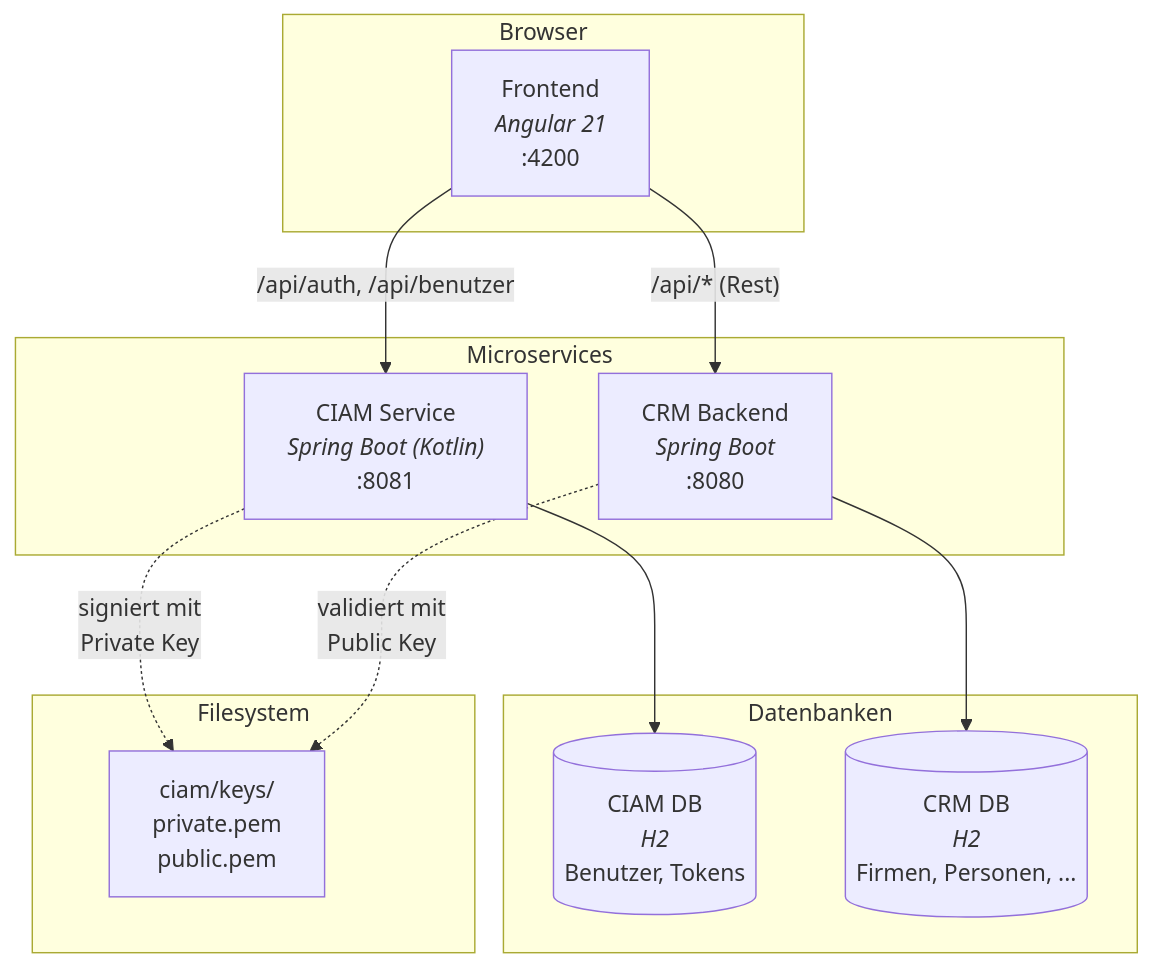
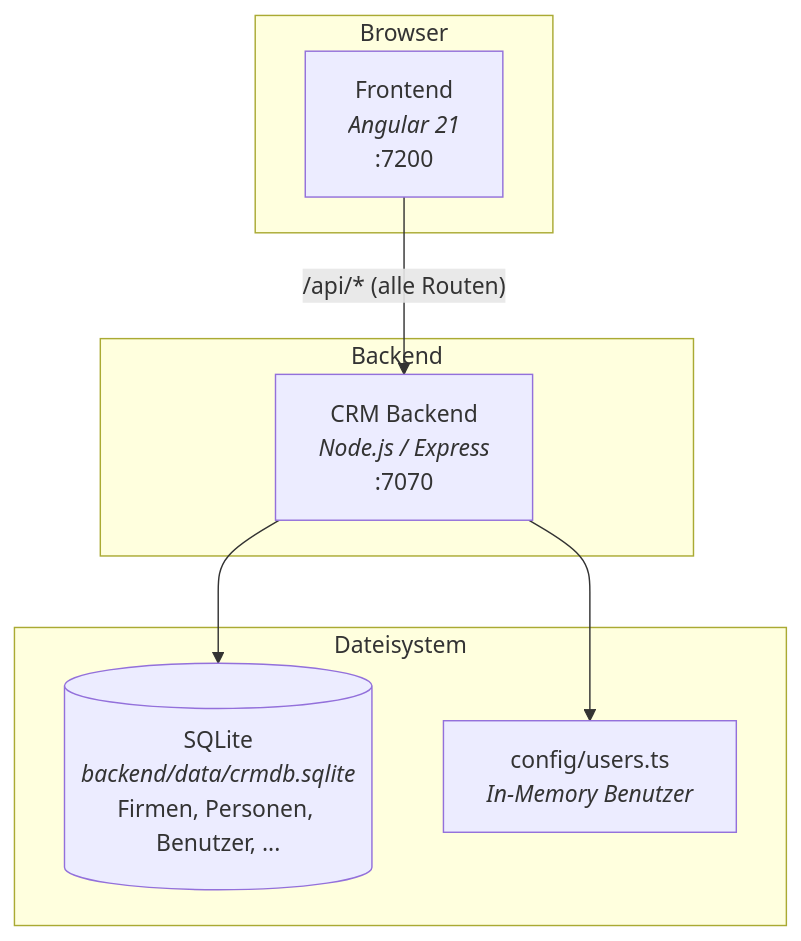
The first of 8 diagrams in docs/architecture.md (atra-consulting/coding-with-ai-lab), drawn with Mermaid before and after one commit. The commit also changed other lines of this file, not shown here.

First line of the commit message:
feat: Rewrite architecture.md for Node.js/Express/SQLite stack. UPDATE-README

````diff
--- a/docs/architecture.md
+++ b/docs/architecture.md
@@ -55,29 +56,19 @@
 ```mermaid
 graph TB
     subgraph Browser
-        FE["Frontend<br/><i>Angular 21</i><br/>:4200"]
+        FE["Frontend<br/><i>Angular 21</i><br/>:7200"]
     end
 
-    subgraph "Microservices"
-        CIAM["CIAM Service<br/><i>Spring Boot (Kotlin)</i><br/>:8081"]
-        CRM["CRM Backend<br/><i>Spring Boot</i><br/>:8080"]
+    subgraph "Backend"
+        BE["CRM Backend<br/><i>Node.js / Express</i><br/>:7070"]
     end
 
-    subgraph "Datenbanken"
-        CIAMDB[("CIAM DB<br/><i>H2</i><br/>Benutzer, Tokens")]
-        CRMDB[("CRM DB<br/><i>H2</i><br/>Firmen, Personen, ...")]
+    subgraph "Dateisystem"
+        DB[("SQLite<br/><i>backend/data/crmdb.sqlite</i><br/>Firmen, Personen, Benutzer, ...")]
+        USERS["config/users.ts<br/><i>In-Memory Benutzer</i>"]
     end
 
-    subgraph "Filesystem"
-        KEYS["ciam/keys/<br/>private.pem<br/>public.pem"]
-    end
-
-    FE -- "/api/auth, /api/benutzer" --> CIAM
-    FE -- "/api/* (Rest)" --> CRM
-
-    CIAM --> CIAMDB
-    CRM --> CRMDB
-
-    CIAM -. "signiert mit<br/>Private Key" .-> KEYS
-    CRM -. "validiert mit<br/>Public Key" .-> KEYS
+    FE -- "/api/* (alle Routen)" --> BE
+    BE --> DB
+    BE --> USERS
 ```
````
